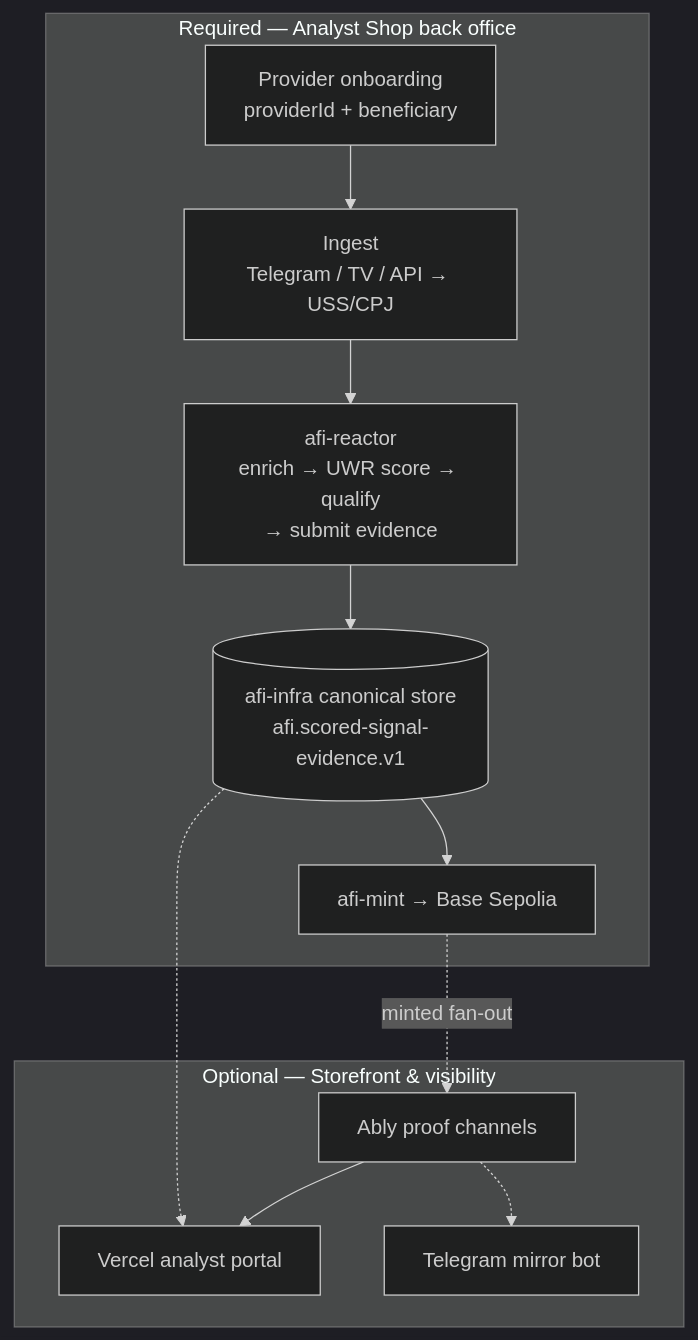
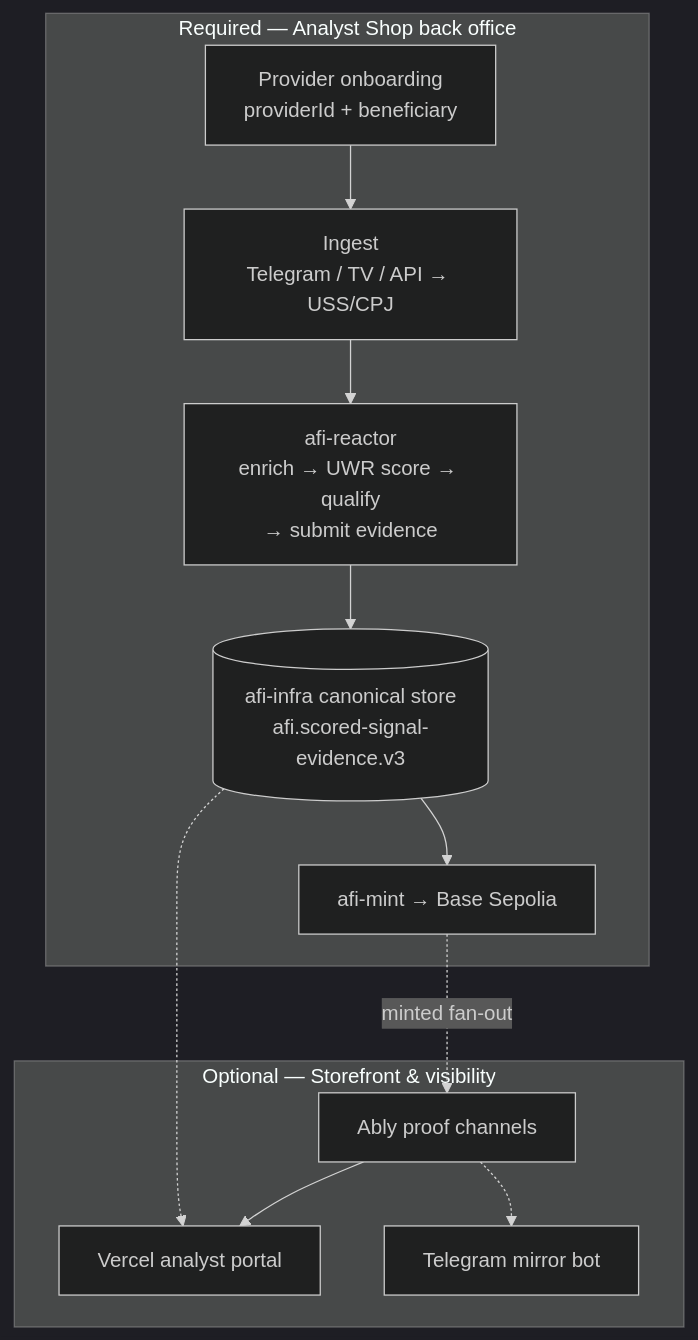
Before and after one commit to AFI-Protocol/afi-docs: the diagram in specs/AFI_ANALYST_SHOP_MVP.md, drawn with Mermaid (dark theme). The commit also changed other lines of this file and 6 other files, not shown here.

First line of the commit message:
EV3-GOV: the one current architecture story is Evidence V3 (#29)

````diff
--- a/specs/AFI_ANALYST_SHOP_MVP.md
+++ b/specs/AFI_ANALYST_SHOP_MVP.md
@@ -39,21 +39,21 @@
 ```mermaid
 flowchart TB
   subgraph required["Required — Analyst Shop back office"]
     ID[Provider onboarding\nproviderId + beneficiary]
     ING[Ingest\nTelegram / TV / API → USS/CPJ]
     RX[afi-reactor\nenrich → UWR score → qualify\n→ submit evidence]
-    TSSD[(afi-infra canonical store\nafi.scored-signal-evidence.v1)]
+    TSSD[(afi-infra canonical store\nafi.scored-signal-evidence.v3)]
     MINT[afi-mint → Base Sepolia]
   end
   subgraph optional["Optional — Storefront & visibility"]
     ABLY[Ably proof channels]
     UI[Vercel analyst portal]
     TG[Telegram mirror bot]
   end
   ID --> ING --> RX --> TSSD
   TSSD --> MINT
   TSSD -.-> UI
   MINT -.->|minted fan-out| ABLY
   ABLY --> UI
   ABLY -.-> TG
 ```
````
